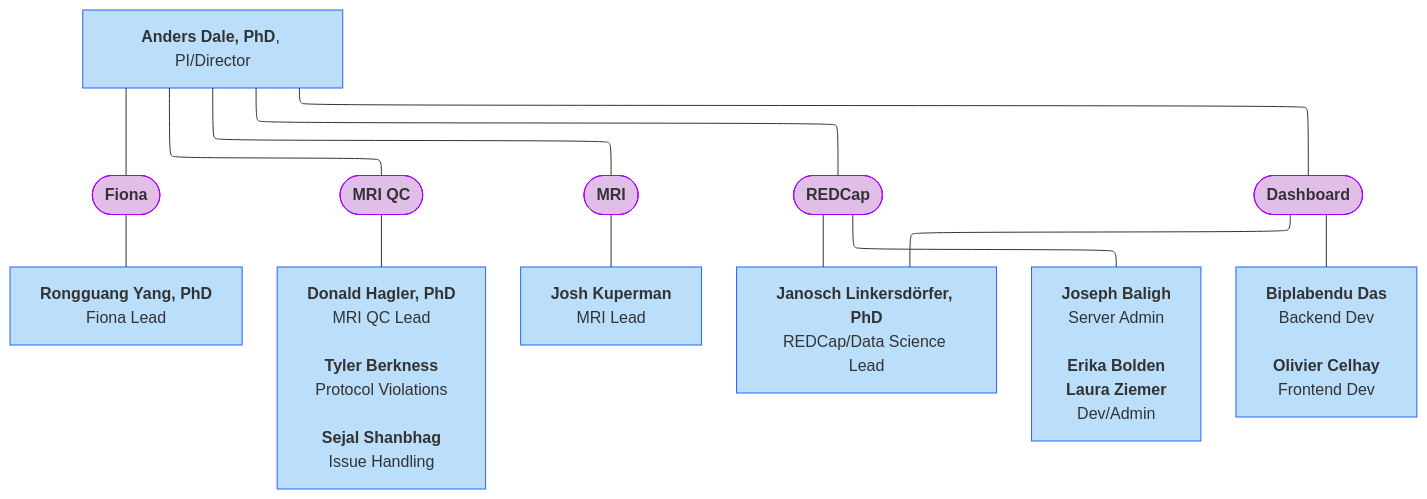
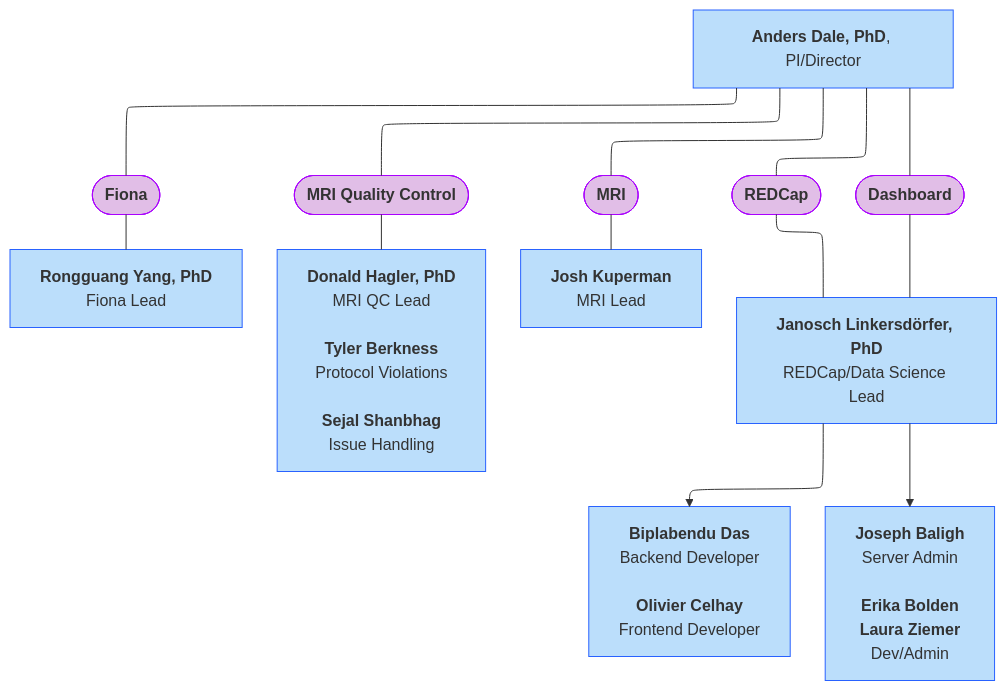
One commit to DCAN-Labs/hbcd-docs-internal changed the seventh of 9 diagrams in docs/orgcharts.md. Above: the diagram before and after it, drawn with Mermaid. The commit also changed other lines of this file, not shown here.

Commit message:
clean up JCVI

````diff
--- a/docs/orgcharts.md
+++ b/docs/orgcharts.md
@@ -392,26 +391,26 @@
 ```mermaid
 ---
 config:
   layout: elk
 ---
 flowchart TB
-    A["<b>Anders Dale, PhD</b>, PI/Director"] --- n1(["<b>Fiona</b>"]) & n2(["<b>MRI QC</b>"]) & n3(["<b>MRI</b>"]) & n6(["<b>REDCap</b>"]) & n15(["<b>Dashboard</b>"])
+    A["<b>Anders Dale, PhD</b>, PI/Director"] --- n1(["<b>Fiona</b>"]) & n2(["<b>MRI Quality Control</b>"]) & n3(["<b>MRI</b>"]) & n6(["<b>REDCap</b>"]) & n15(["<b>Dashboard</b>"])
     n1 --- n8["<b>Rongguang Yang, PhD</b><br>Fiona Lead"]
     n2 --- n9["<b>Donald Hagler, PhD</b><br>MRI QC Lead<br><br><b>Tyler Berkness</b><br>Protocol Violations<br><br><b>Sejal Shanbhag</b><br>Issue Handling"]
     n3 --- n10["<b>Josh Kuperman</b><br>MRI Lead"]
     n6 --- n4["<b>Janosch Linkersdörfer, PhD</b><br>REDCap/Data Science Lead"]
-    n6 --- n12["<b>Joseph Baligh</b><br>Server Admin<br><br><b>Erika Bolden<br>Laura Ziemer</b><br>Dev/Admin"]
-    n15 --- n4 & n17["<b>Biplabendu Das</b><br>Backend Dev<br><br><b>Olivier Celhay</b><br>Frontend Dev"]
+    n15 --- n4
+    n4 --> n17["<b>Biplabendu Das</b><br>Backend Developer<br><br><b>Olivier Celhay</b><br>Frontend Developer"] & n18["<b>Joseph Baligh</b><br>Server Admin<br><br><b>Erika Bolden<br>Laura Ziemer</b><br>Dev/Admin"]
     style A fill:#BBDEFB,stroke:#2962FF
     style n1 fill:#E1BEE7,stroke:#AA00FF
     style n2 fill:#E1BEE7,stroke:#AA00FF
     style n3 fill:#E1BEE7,stroke:#AA00FF
     style n6 fill:#E1BEE7,stroke:#AA00FF
     style n15 fill:#E1BEE7,stroke:#AA00FF
     style n8 fill:#BBDEFB,stroke:#2962FF
     style n9 fill:#BBDEFB,stroke:#2962FF
     style n10 fill:#BBDEFB,stroke:#2962FF
     style n4 fill:#BBDEFB,stroke:#2962FF
-    style n12 fill:#BBDEFB,stroke:#2962FF
     style n17 fill:#BBDEFB,stroke:#2962FF
+    style n18 fill:#BBDEFB,stroke:#2962FF
 ```
````
